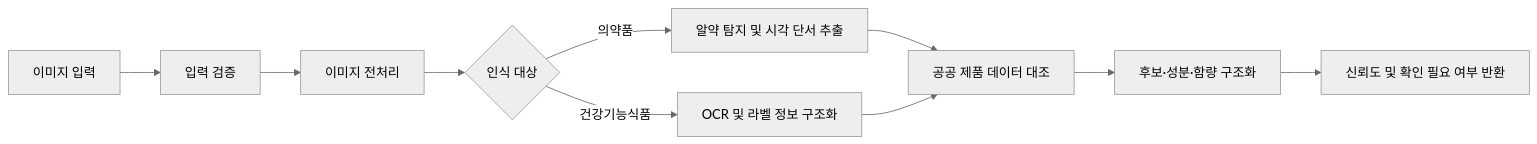
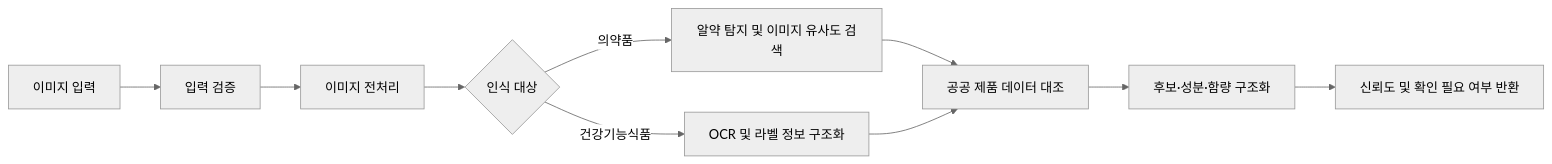
Before and after one commit to iccas6-click/ai: the first of 3 diagrams in README.md, drawn with Mermaid (neutral theme). The commit also changed other lines of this file and 9 other files, not shown here.

````diff
--- a/README.md
+++ b/README.md
@@ -50,12 +50,12 @@
 ```mermaid
 flowchart LR
     A["이미지 입력"] --> B["입력 검증"]
     B --> C["이미지 전처리"]
     C --> D{"인식 대상"}
-    D -->|"의약품"| E["알약 탐지 및 시각 단서 추출"]
+    D -->|"의약품"| E["알약 탐지 및 이미지 유사도 검색"]
     D -->|"건강기능식품"| F["OCR 및 라벨 정보 구조화"]
     E --> G["공공 제품 데이터 대조"]
     F --> G
     G --> H["후보·성분·함량 구조화"]
     H --> I["신뢰도 및 확인 필요 여부 반환"]
 ```
````
